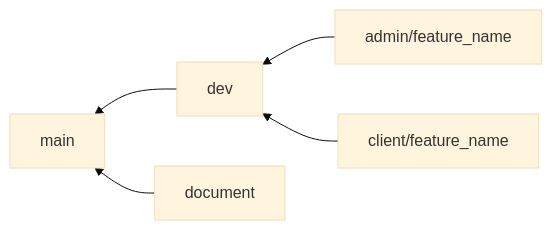
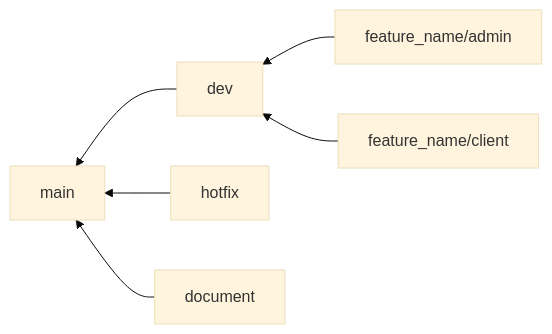
Before and after one commit to vuongducdai/mock-project: the diagram in README.md, drawn with Mermaid (base theme).

Commit message:
Edit git branch name convention

````diff
--- a/README.md
+++ b/README.md
@@ -5,7 +5,8 @@
 ```mermaid
 graph RL;
     dev-->main;
-    admin/feature_name-->dev;
-    client/feature_name-->dev;
+    feature_name/admin-->dev;
+    feature_name/client-->dev;
+    hotfix-->main;
     document-->main;
 ```
````
